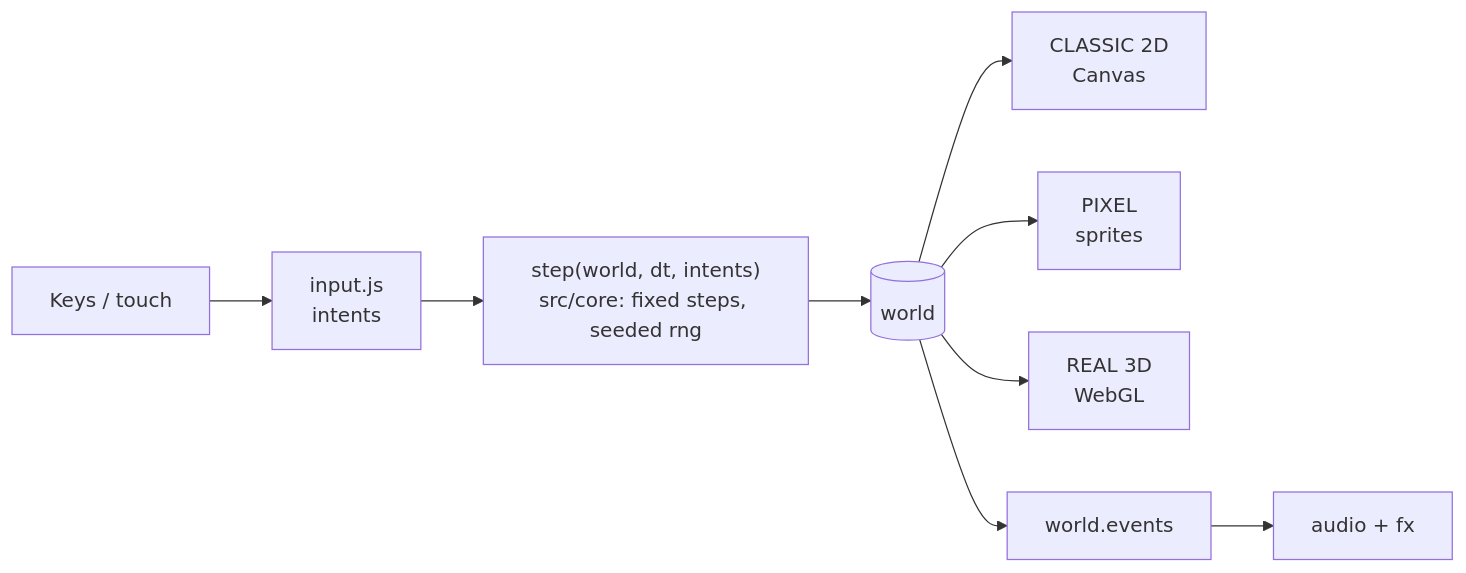
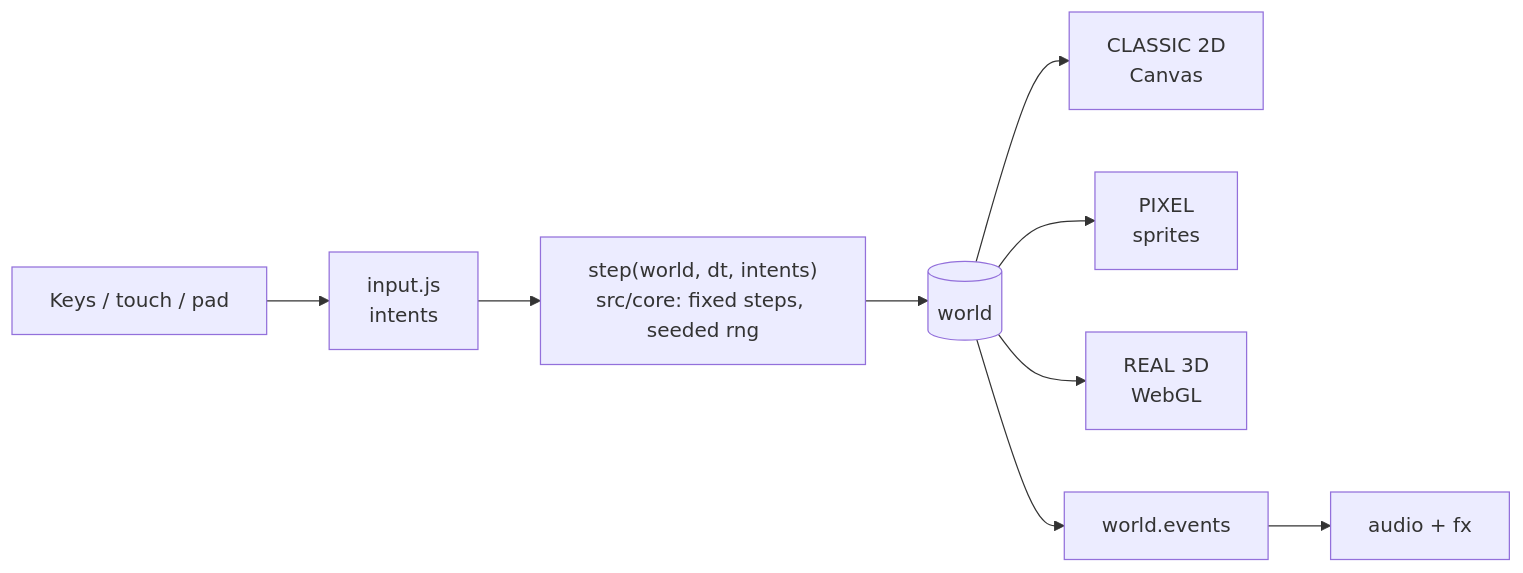
Before and after one commit to HMarzban/fusegrid: the diagram in docs/architecture.md, drawn with Mermaid. The commit also changed other lines of this file and 68 other files, not shown here.

````diff
--- a/docs/architecture.md
+++ b/docs/architecture.md
@@ -15,10 +15,10 @@
 ```mermaid
 flowchart LR
-  K[Keys / touch] --> I[input.js<br/>intents]
+  K[Keys / touch / pad] --> I[input.js<br/>intents]
   I --> S["step(world, dt, intents)<br/>src/core: fixed steps, seeded rng"]
   S --> W[(world)]
   W --> C[CLASSIC 2D<br/>Canvas]
   W --> P[PIXEL<br/>sprites]
   W --> D[REAL 3D<br/>WebGL]
   W --> E[world.events] --> A[audio + fx]
 ```
````
